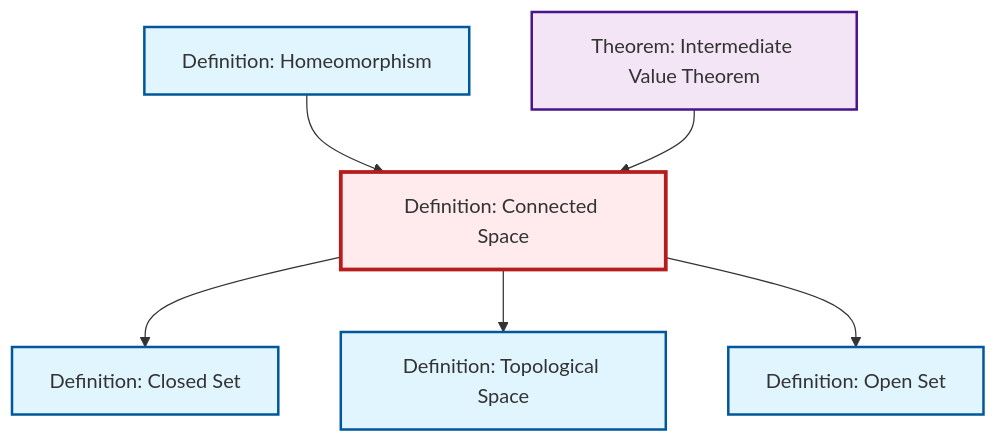
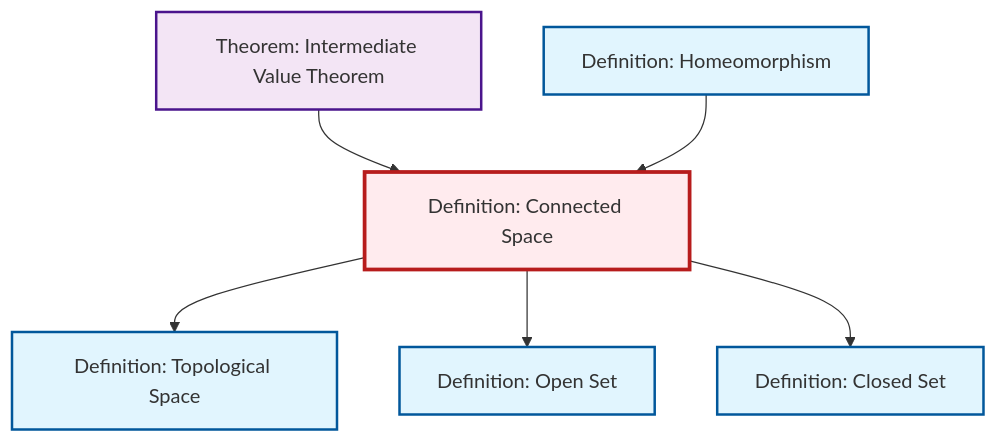
The diagram in content/ja/topology/def-connected.qmd (RK0429/ModernMath), drawn with Mermaid before and after one commit. The commit also changed other lines of this file and 360 other files, not shown here.

````diff
--- a/content/ja/topology/def-connected.qmd
+++ b/content/ja/topology/def-connected.qmd
@@ -50,26 +50,26 @@
 ```{mermaid}
 %%| fig-cap: "Local dependency graph"
 graph TD
     classDef definition fill:#e1f5fe,stroke:#01579b,stroke-width:2px
     classDef theorem fill:#f3e5f5,stroke:#4a148c,stroke-width:2px
     classDef axiom fill:#fff3e0,stroke:#e65100,stroke-width:2px
     classDef example fill:#e8f5e9,stroke:#1b5e20,stroke-width:2px
     classDef current fill:#ffebee,stroke:#b71c1c,stroke-width:3px
+    def-open-set["Definition: Open Set"]:::definition
+    def-topological-space["Definition: Topological Space"]:::definition
     def-closed-set["Definition: Closed Set"]:::definition
+    def-connected["Definition: Connected Space"]:::definition
+    def-homeomorphism["Definition: Homeomorphism"]:::definition
     thm-intermediate-value["Theorem: Intermediate Value Theorem"]:::theorem
-    def-connected["Definition: Connected Space"]:::definition
-    def-topological-space["Definition: Topological Space"]:::definition
-    def-open-set["Definition: Open Set"]:::definition
-    def-homeomorphism["Definition: Homeomorphism"]:::definition
-    def-connected --> def-closed-set
+    thm-intermediate-value --> def-connected
     def-homeomorphism --> def-connected
     def-connected --> def-topological-space
     def-connected --> def-open-set
-    thm-intermediate-value --> def-connected
+    def-connected --> def-closed-set
     class def-connected current
+    click def-open-set "def-open-set.html" "Definition: Open Setへ"
+    click def-topological-space "def-topological-space.html" "Definition: Topological Spaceへ"
     click def-closed-set "def-closed-set.html" "Definition: Closed Setへ"
+    click def-homeomorphism "def-homeomorphism.html" "Definition: Homeomorphismへ"
     click thm-intermediate-value "thm-intermediate-value.html" "Theorem: Intermediate Value Theoremへ"
-    click def-topological-space "def-topological-space.html" "Definition: Topological Spaceへ"
-    click def-open-set "def-open-set.html" "Definition: Open Setへ"
-    click def-homeomorphism "def-homeomorphism.html" "Definition: Homeomorphismへ"
 ```
````
